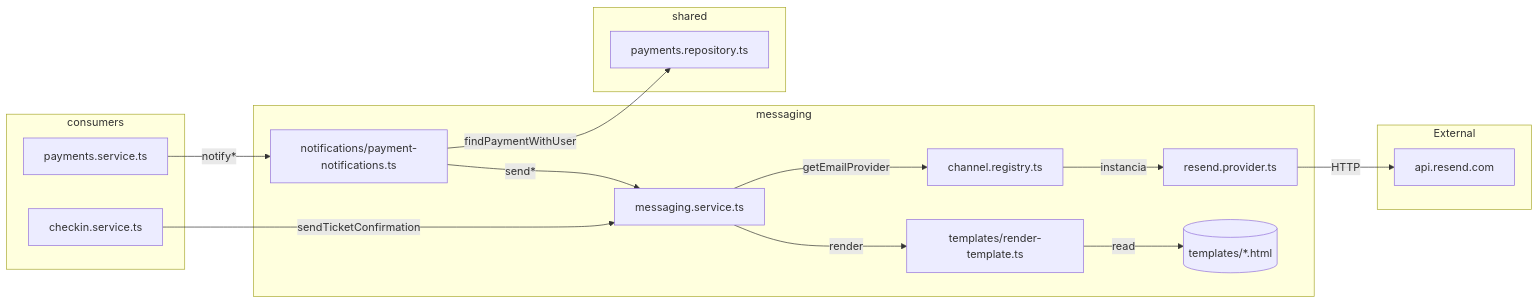
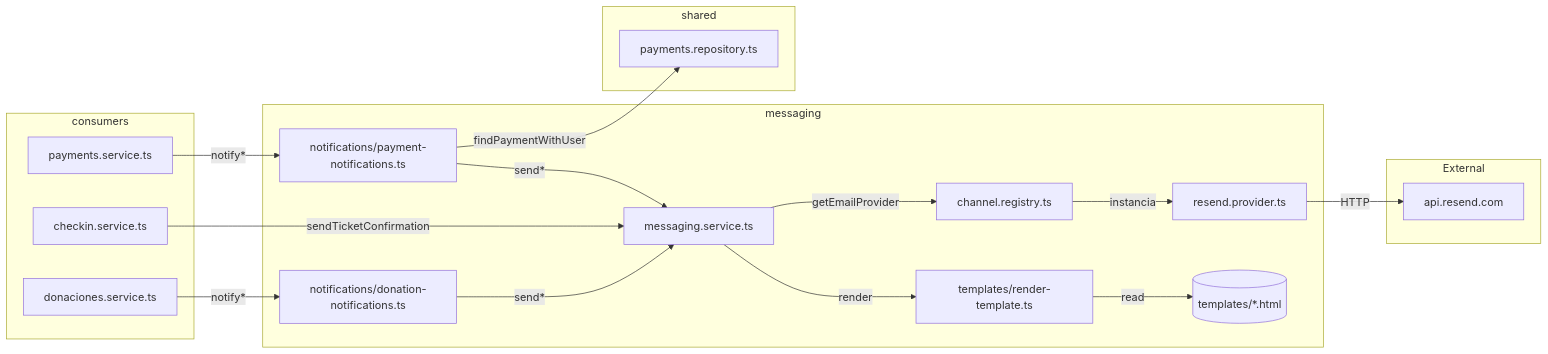
One commit to User281167/venta-de-tickets changed the second of 2 diagrams in backend/src/modules/messaging/README.md. Above: the diagram before and after it, drawn with Mermaid. The commit also changed other lines of this file and 11 other files, not shown here.

````diff
--- a/backend/src/modules/messaging/README.md
+++ b/backend/src/modules/messaging/README.md
@@ -118,34 +91,38 @@
 ```mermaid
 graph LR
     subgraph messaging
         SVC[messaging.service.ts]
-        NOT[notifications/payment-notifications.ts]
+        PNOT[notifications/payment-notifications.ts]
+        DNOT[notifications/donation-notifications.ts]
         TEM[templates/render-template.ts]
         REG[channel.registry.ts]
         RP[resend.provider.ts]
         TPL[(templates/*.html)]
     end
 
     subgraph consumers
         PAY[payments.service.ts]
         CK[checkin.service.ts]
+        DON[donaciones.service.ts]
     end
 
     subgraph shared
         Repo[payments.repository.ts]
     end
 
     subgraph External
         Resend[api.resend.com]
     end
 
-    PAY -->|notify*| NOT
+    PAY -->|notify*| PNOT
     CK -->|sendTicketConfirmation| SVC
-    NOT -->|send*| SVC
+    DON -->|notify*| DNOT
+    PNOT -->|send*| SVC
+    DNOT -->|send*| SVC
     SVC -->|render| TEM
     TEM -->|read| TPL
     SVC -->|getEmailProvider| REG
     REG -->|instancia| RP
     RP -->|HTTP| Resend
-    NOT -->|findPaymentWithUser| Repo
+    PNOT -->|findPaymentWithUser| Repo
 ```
````
